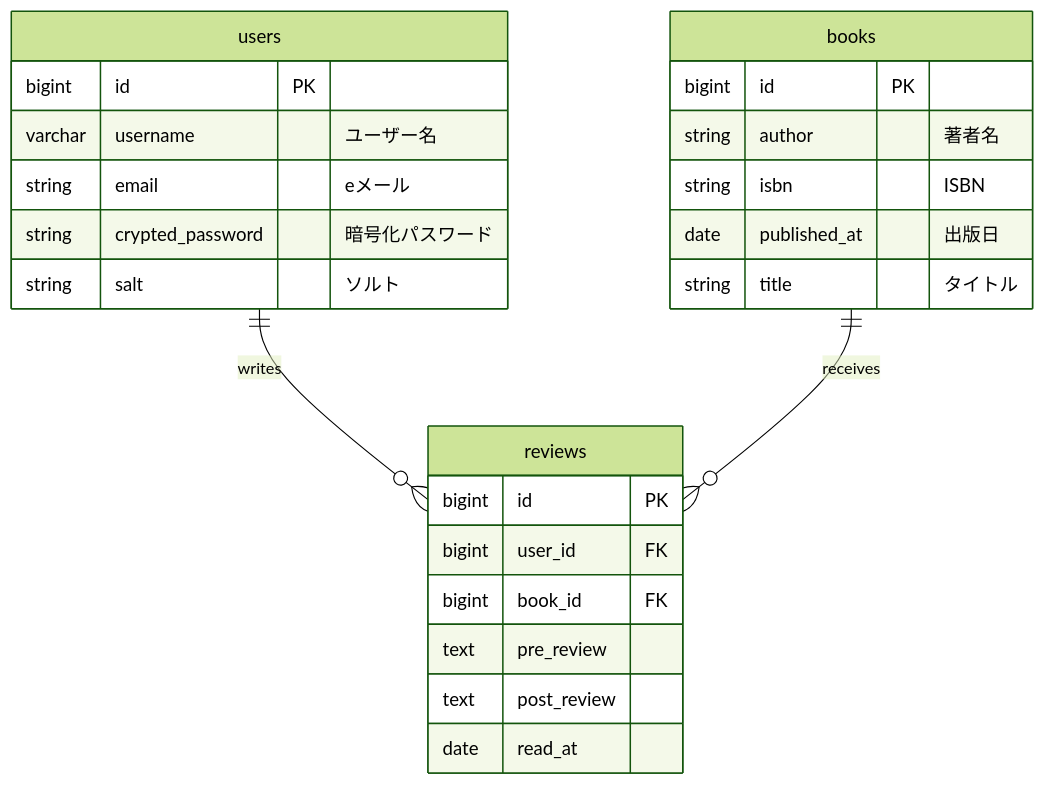
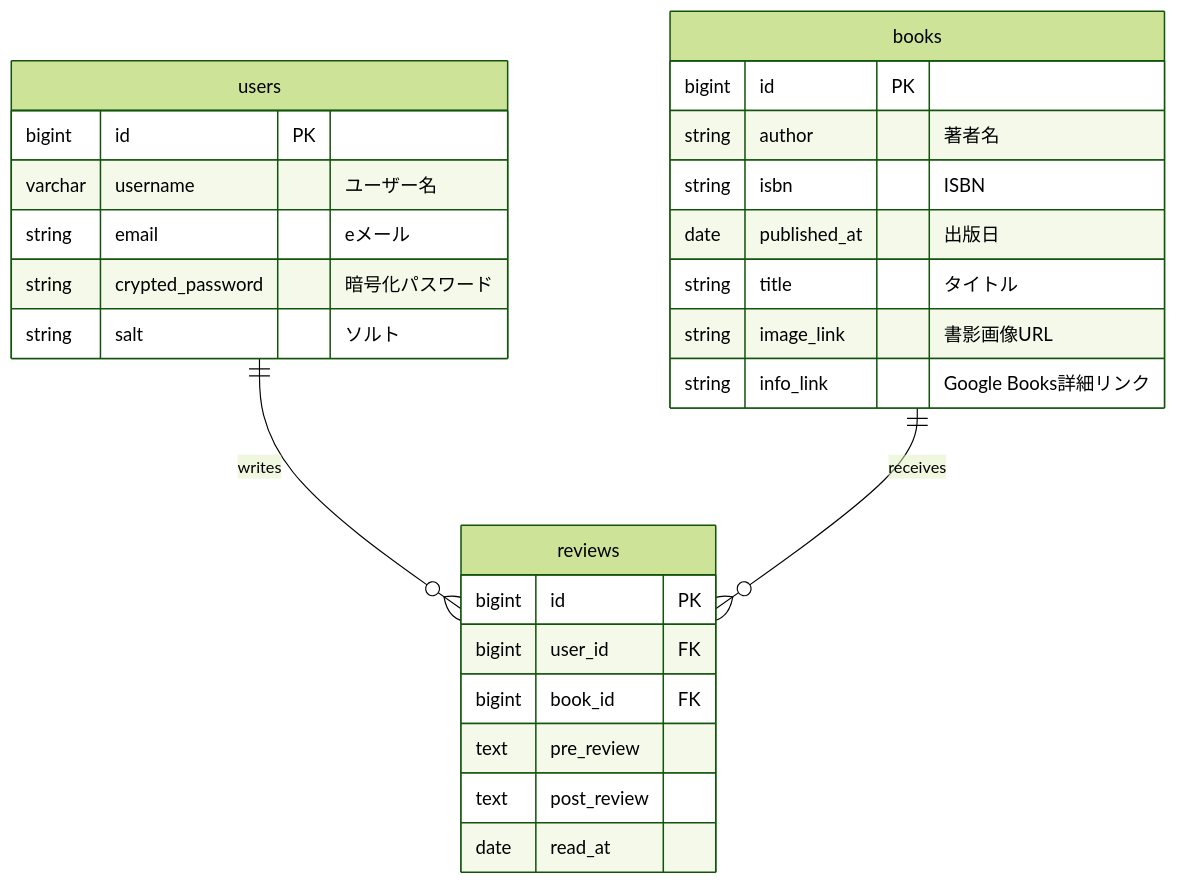
The diagram in README.md (kiruke/yomiato), drawn with Mermaid (forest theme) before and after one commit. The commit also changed 3 other files, not shown here.

````diff
--- a/README.md
+++ b/README.md
@@ -260,30 +260,32 @@
 ```mermaid
 erDiagram
     users ||--o{ reviews : writes
     books ||--o{ reviews : receives
 
     users {
         bigint id PK
         varchar username "ユーザー名"
         string email "eメール"
         string crypted_password "暗号化パスワード"
         string salt "ソルト"
     }
 
     books {
         bigint id PK
         string author "著者名"
         string isbn "ISBN"
         date published_at "出版日"
         string title "タイトル"
+        string image_link "書影画像URL"
+        string info_link "Google Books詳細リンク"
     }
 
     reviews {
         bigint id PK
         bigint user_id FK
         bigint book_id FK
         text pre_review 
         text post_review 
         date read_at
     }
 ```
````
